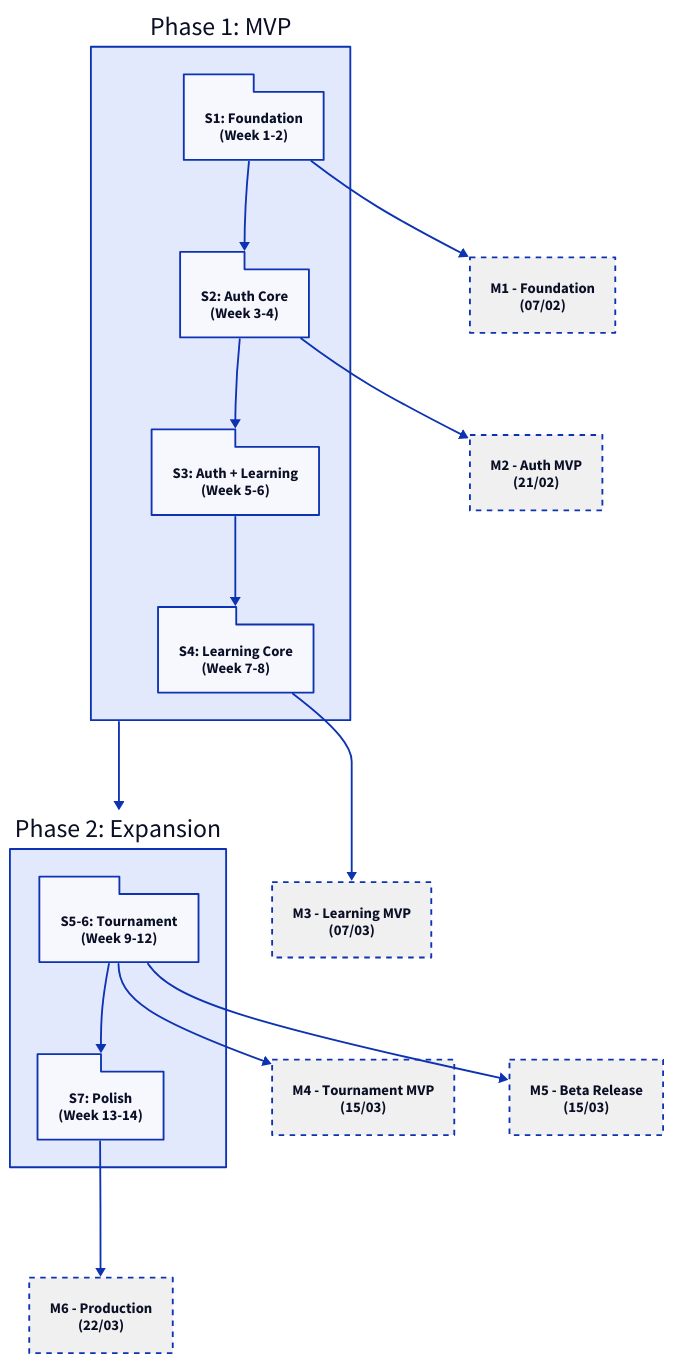
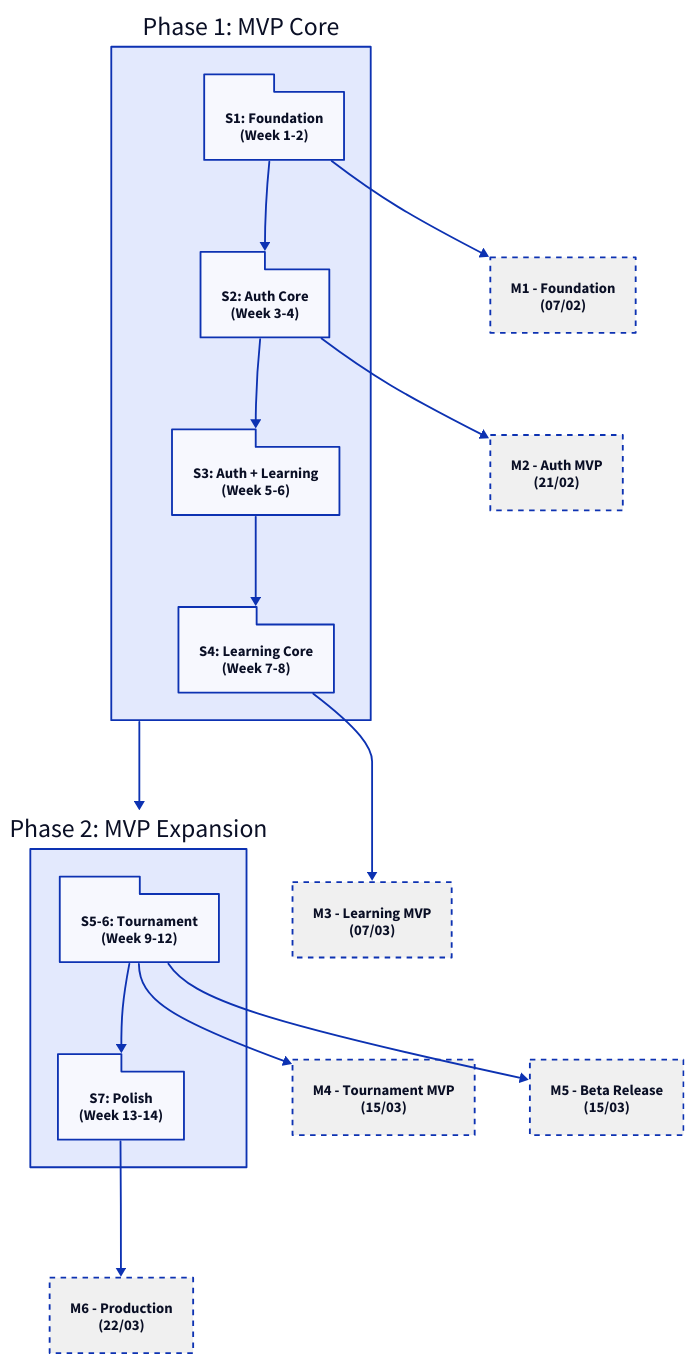
The diagram in blueprint/product/roadmap.md (philongdanh/lms), drawn with D2 before and after one commit. The commit also changed 6 other files, not shown here.

````diff
--- a/blueprint/product/roadmap.md
+++ b/blueprint/product/roadmap.md
@@ -16,46 +16,46 @@
 ```d2
 classes: {
   sprint: {
     shape: package
     style.border-radius: 5
   }
   milestone: {
     shape: rectangle
     style.fill: "#f0f0f0"
     style.stroke-dash: 3
   }
 }
 
-Phase 1: Phase 1: MVP {
+Phase 1: Phase 1: MVP Core {
   S1: S1: Foundation\n(Week 1-2) {class: sprint}
   S2: S2: Auth Core\n(Week 3-4) {class: sprint}
   S3: S3: Auth + Learning\n(Week 5-6) {class: sprint}
   S4: S4: Learning Core\n(Week 7-8) {class: sprint}
 
   S1 -> S2 -> S3 -> S4
 }
 
-Phase 2: Phase 2: Expansion {
+Phase 2: Phase 2: MVP Expansion {
   S5_6: S5-6: Tournament\n(Week 9-12) {class: sprint}
   S7: S7: Polish\n(Week 13-14) {class: sprint}
 
   S5_6 -> S7
 }
 
 Phase 1 -> Phase 2
 
 # Connect Sprints to Milestones
 M1: M1 - Foundation\n(07/02) {class: milestone}
 M2: M2 - Auth MVP\n(21/02) {class: milestone}
 M3: M3 - Learning MVP\n(07/03) {class: milestone}
 M4: M4 - Tournament MVP\n(15/03) {class: milestone}
 M5: M5 - Beta Release\n(15/03) {class: milestone}
 M6: M6 - Production\n(22/03) {class: milestone}
 
 Phase 1.S1 -> M1
 Phase 1.S2 -> M2
 Phase 1.S4 -> M3
 Phase 2.S5_6 -> M4
 Phase 2.S5_6 -> M5
 Phase 2.S7 -> M6
 ```
````
